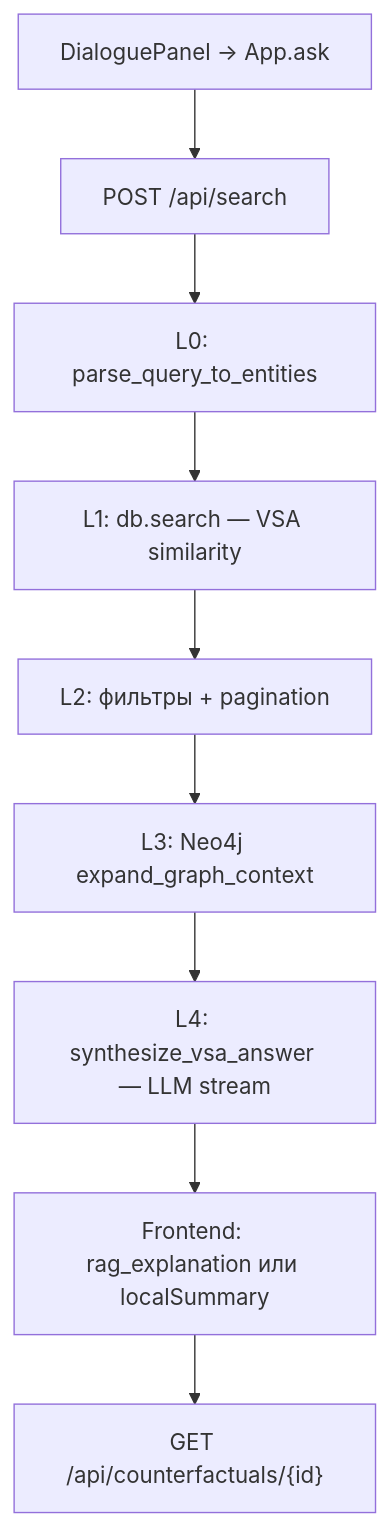
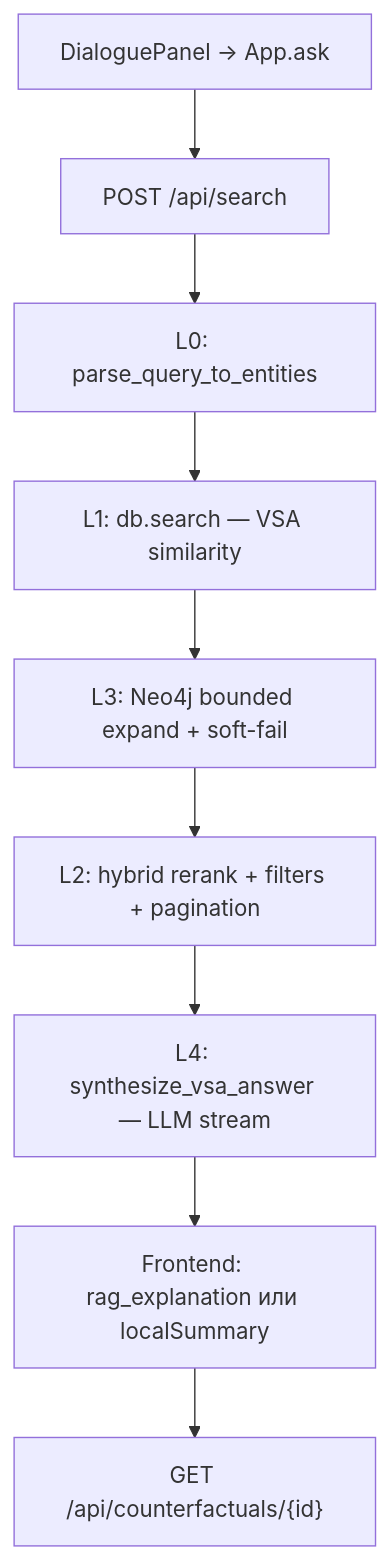
One commit to 0himera/HSME changed the diagram in documentation/pipelines/retrieval-to-answer.md. Above: the diagram before and after it, drawn with Mermaid. The commit also changed other lines of this file and 14 other files, not shown here.

First line of the commit message:
feat: add Stage 9.1–9.2 retrieval gate, hybrid rerank, and bounded Neo4j

````diff
--- a/documentation/pipelines/retrieval-to-answer.md
+++ b/documentation/pipelines/retrieval-to-answer.md
@@ -11,11 +11,11 @@
 ```mermaid
 flowchart TD
     UI["DialoguePanel → App.ask"] --> API["POST /api/search"]
     API --> L0["L0: parse_query_to_entities"]
     L0 --> L1["L1: db.search — VSA similarity"]
-    L1 --> L2["L2: фильтры + pagination"]
-    L2 --> L3["L3: Neo4j expand_graph_context"]
-    L3 --> L4["L4: synthesize_vsa_answer — LLM stream"]
+    L1 --> L3["L3: Neo4j bounded expand + soft-fail"]
+    L3 --> L2["L2: hybrid rerank + filters + pagination"]
+    L2 --> L4["L4: synthesize_vsa_answer — LLM stream"]
     L4 --> FE["Frontend: rag_explanation или localSummary"]
     FE --> CF["GET /api/counterfactuals/{id}"]
 ```
````
